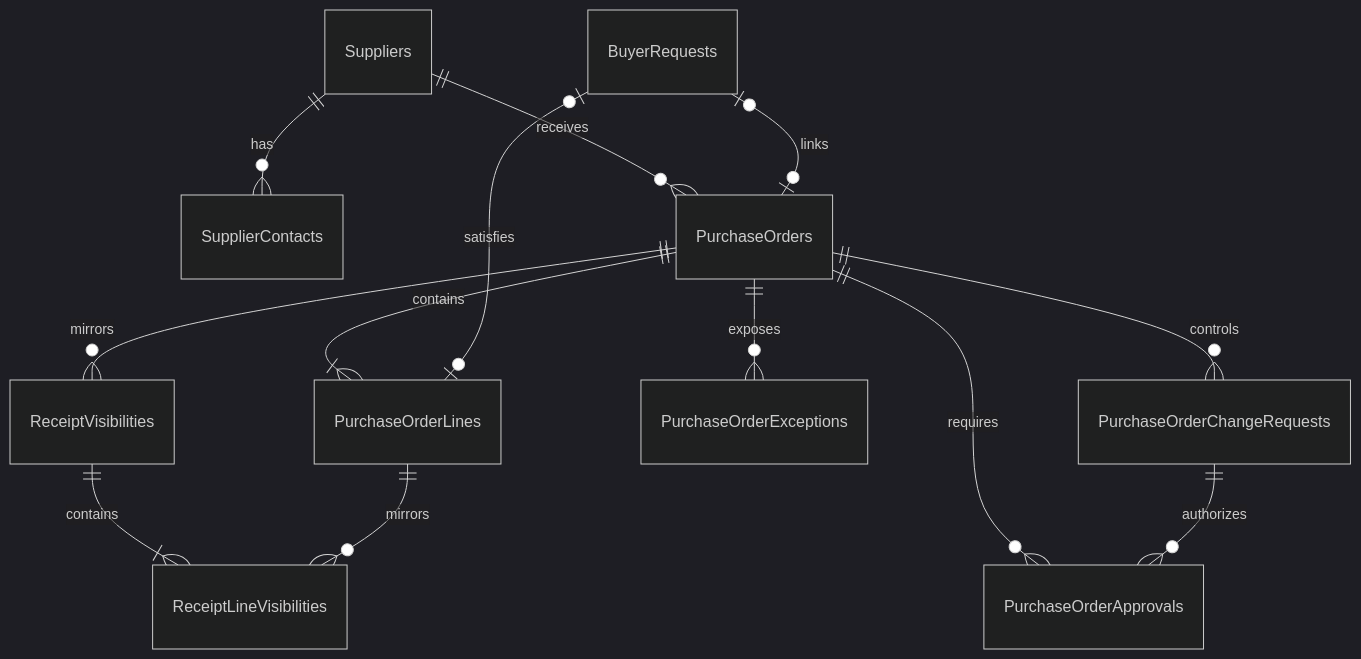
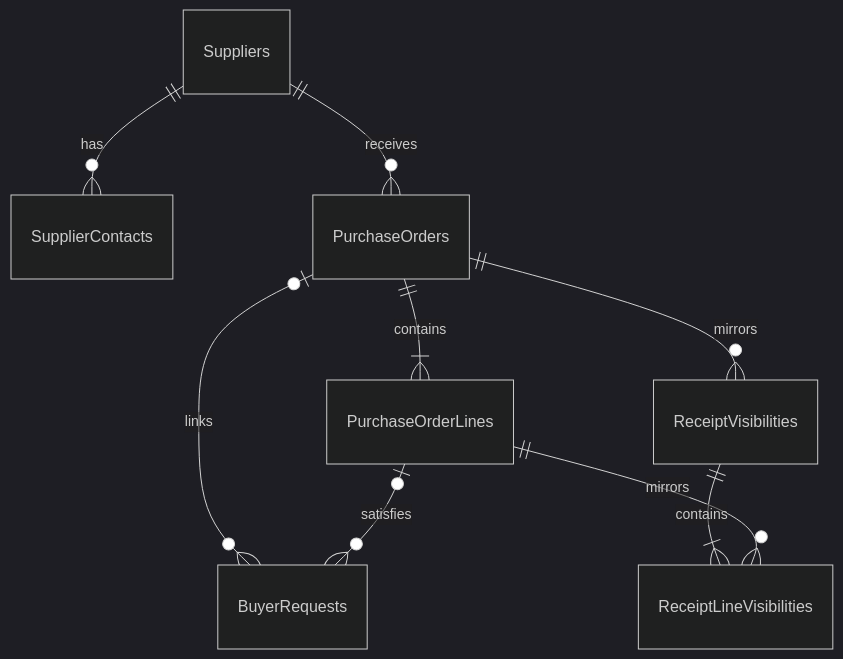
Before and after one commit to ben-cottrell/acme-erp: the diagram in docs/domain/purchasing/database-design.md, drawn with Mermaid (dark theme). The commit also changed other lines of this file and 78 other files, not shown here.

````diff
--- a/docs/domain/purchasing/database-design.md
+++ b/docs/domain/purchasing/database-design.md
@@ -22,15 +22,11 @@
 ```mermaid
 erDiagram
     Suppliers ||--o{ SupplierContacts : has
     Suppliers ||--o{ PurchaseOrders : receives
     PurchaseOrders ||--|{ PurchaseOrderLines : contains
-    PurchaseOrders ||--o{ PurchaseOrderChangeRequests : controls
-    PurchaseOrders ||--o{ PurchaseOrderApprovals : requires
-    PurchaseOrderChangeRequests ||--o{ PurchaseOrderApprovals : authorizes
-    PurchaseOrders ||--o{ PurchaseOrderExceptions : exposes
-    BuyerRequests o|--o| PurchaseOrders : links
-    BuyerRequests o|--o| PurchaseOrderLines : satisfies
+    PurchaseOrders o|--o{ BuyerRequests : links
+    PurchaseOrderLines o|--o{ BuyerRequests : satisfies
     PurchaseOrders ||--o{ ReceiptVisibilities : mirrors
     ReceiptVisibilities ||--|{ ReceiptLineVisibilities : contains
     PurchaseOrderLines ||--o{ ReceiptLineVisibilities : mirrors
 ```
````
